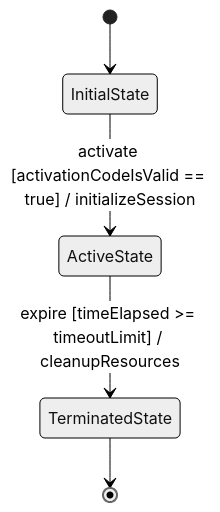
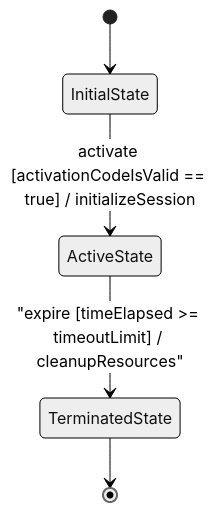
Before and after one commit to gintatkinson/digital-pipeline-repo: the diagram in skills/spec-user-story-engineering/SKILL.md, drawn with Mermaid (neutral theme). The commit also changed 10 other files, not shown here.

First line of the commit message:
feat: universal use case mermaid syntax and linter gate

````diff
--- a/skills/spec-user-story-engineering/SKILL.md
+++ b/skills/spec-user-story-engineering/SKILL.md
@@ -127,7 +127,7 @@
 ```mermaid
 stateDiagram-v2
     [*] --> InitialState
     InitialState --> ActiveState : activate [activationCodeIsValid == true] / initializeSession
-    ActiveState --> TerminatedState : expire [timeElapsed >= timeoutLimit] / cleanupResources
+    ActiveState --> TerminatedState : "expire [timeElapsed >= timeoutLimit] / cleanupResources"
     TerminatedState --> [*]
 ```
````
